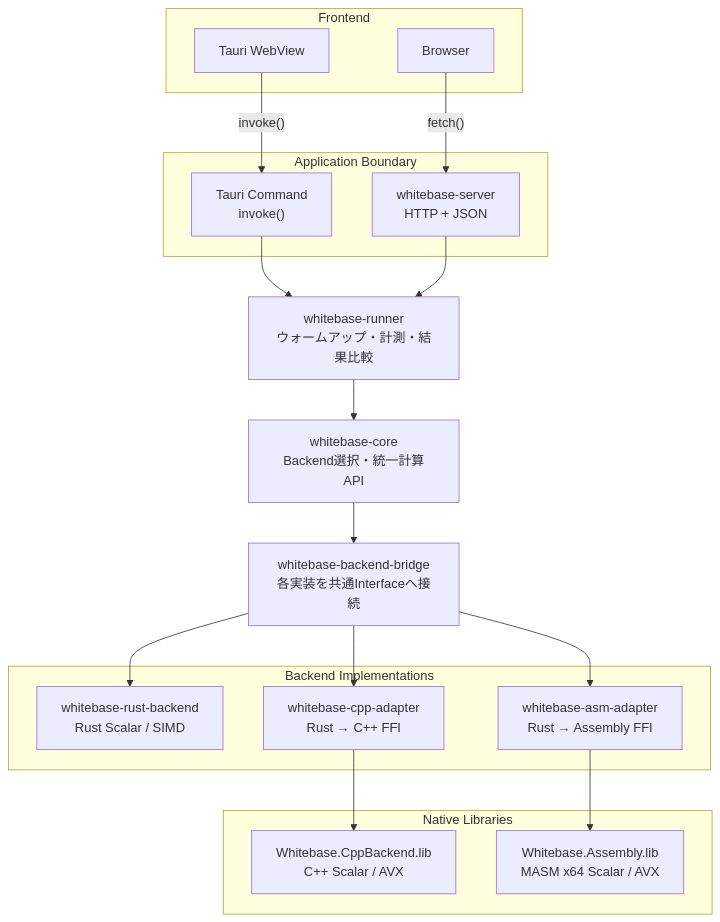
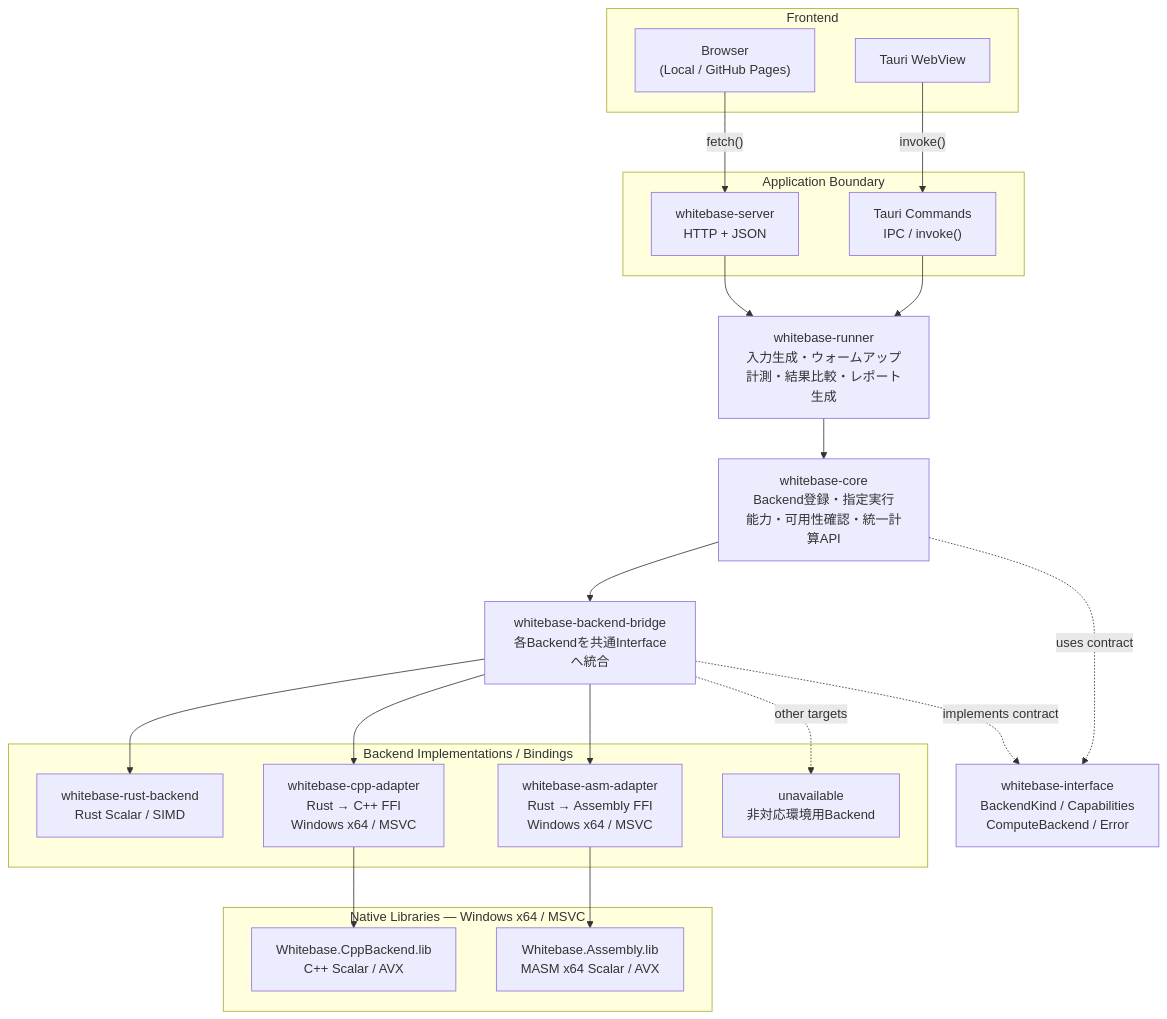
One commit to Hokutaka/Whitebase changed the diagram in docs/diagrams/structure/architecture.mmd. Above: the diagram before and after it, drawn with Mermaid. The commit also changed 12 other files, not shown here.

```diff
--- a/docs/diagrams/structure/architecture.mmd
+++ b/docs/diagrams/structure/architecture.mmd
@@ -1,46 +1,54 @@
 flowchart TB
     subgraph Frontends["Frontend"]
         Tauri["Tauri WebView"]
-        Browser["Browser"]
+        Browser["Browser<br/>(Local / GitHub Pages)"]
     end
 
     subgraph ApplicationBoundaries["Application Boundary"]
-        TauriCommand["Tauri Command<br/>invoke()"]
+        TauriCommand["Tauri Commands<br/>IPC / invoke()"]
         HttpServer["whitebase-server<br/>HTTP + JSON"]
     end
 
-    Runner["whitebase-runner<br/>ウォームアップ・計測・結果比較"]
+    Runner["whitebase-runner<br/>入力生成・ウォームアップ<br/>計測・結果比較・レポート生成"]
 
-    Core["whitebase-core<br/>Backend選択・統一計算API"]
+    Core["whitebase-core<br/>Backend登録・指定実行<br/>能力・可用性確認・統一計算API"]
 
-    Bridge["whitebase-backend-bridge<br/>各実装を共通Interfaceへ接続"]
+    Interface["whitebase-interface<br/>BackendKind / Capabilities<br/>ComputeBackend / Error"]
 
-    subgraph Backends["Backend Implementations"]
+    Bridge["whitebase-backend-bridge<br/>各Backendを共通Interfaceへ統合"]
+
+    subgraph BackendConnections["Backend Implementations / Bindings"]
         RustBackend["whitebase-rust-backend<br/>Rust Scalar / SIMD"]
 
-        CppAdapter["whitebase-cpp-adapter<br/>Rust → C++ FFI"]
+        CppAdapter["whitebase-cpp-adapter<br/>Rust → C++ FFI<br/>Windows x64 / MSVC"]
 
-        AssemblyAdapter["whitebase-asm-adapter<br/>Rust → Assembly FFI"]
+        AssemblyAdapter["whitebase-asm-adapter<br/>Rust → Assembly FFI<br/>Windows x64 / MSVC"]
+
+        Unavailable["unavailable<br/>非対応環境用Backend"]
     end
 
-    subgraph NativeLibraries["Native Libraries"]
+    subgraph NativeLibraries["Native Libraries — Windows x64 / MSVC"]
         CppLibrary["Whitebase.CppBackend.lib<br/>C++ Scalar / AVX"]
 
         AssemblyLibrary["Whitebase.Assembly.lib<br/>MASM x64 Scalar / AVX"]
     end
 
     Tauri -->|"invoke()"| TauriCommand
     Browser -->|"fetch()"| HttpServer
 
     TauriCommand --> Runner
     HttpServer --> Runner
 
     Runner --> Core
     Core --> Bridge
 
+    Core -. "uses contract" .-> Interface
+    Bridge -. "implements contract" .-> Interface
+
     Bridge --> RustBackend
     Bridge --> CppAdapter
     Bridge --> AssemblyAdapter
+    Bridge -. "other targets" .-> Unavailable
 
     CppAdapter --> CppLibrary
     AssemblyAdapter --> AssemblyLibrary
```
